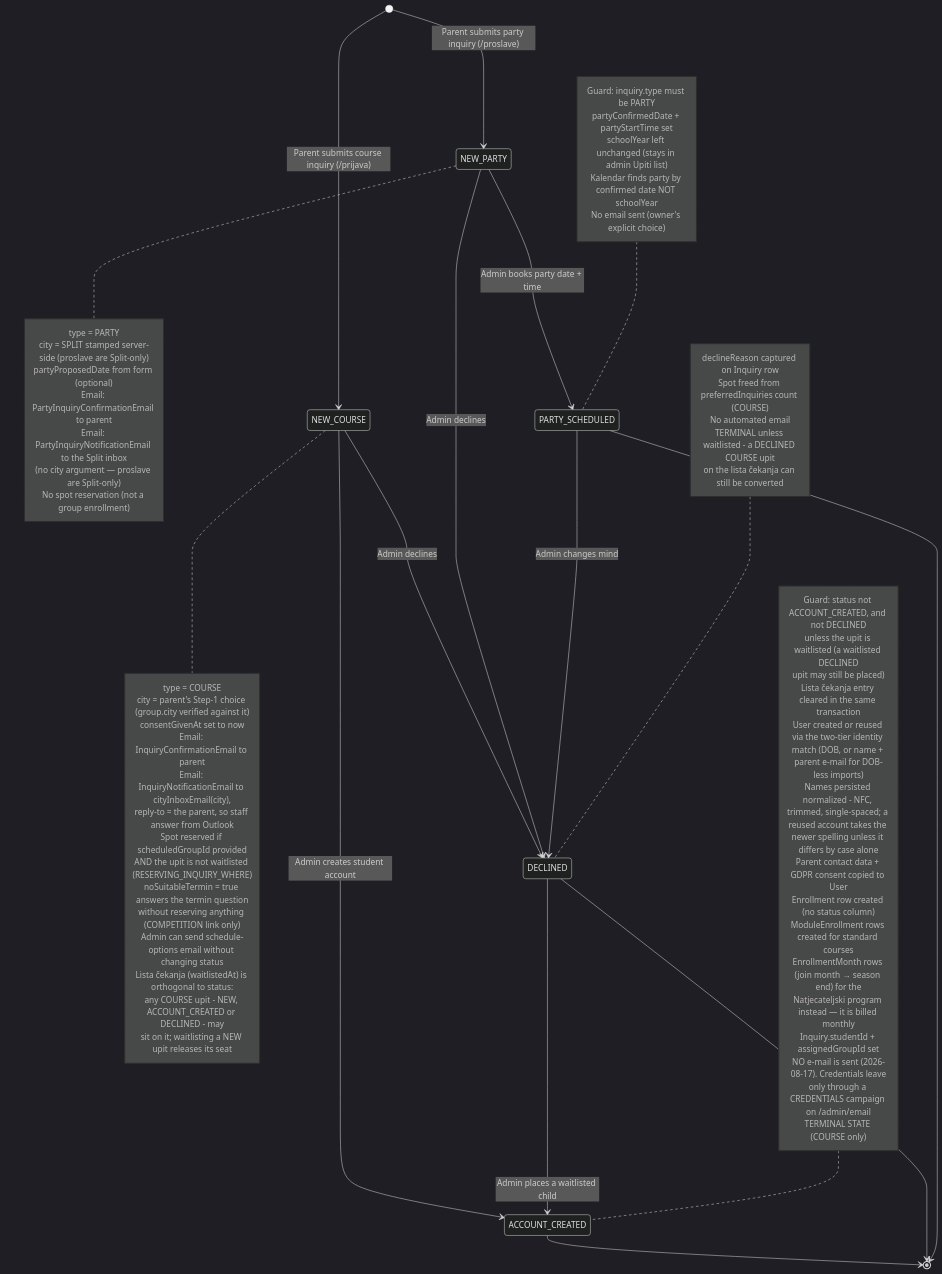
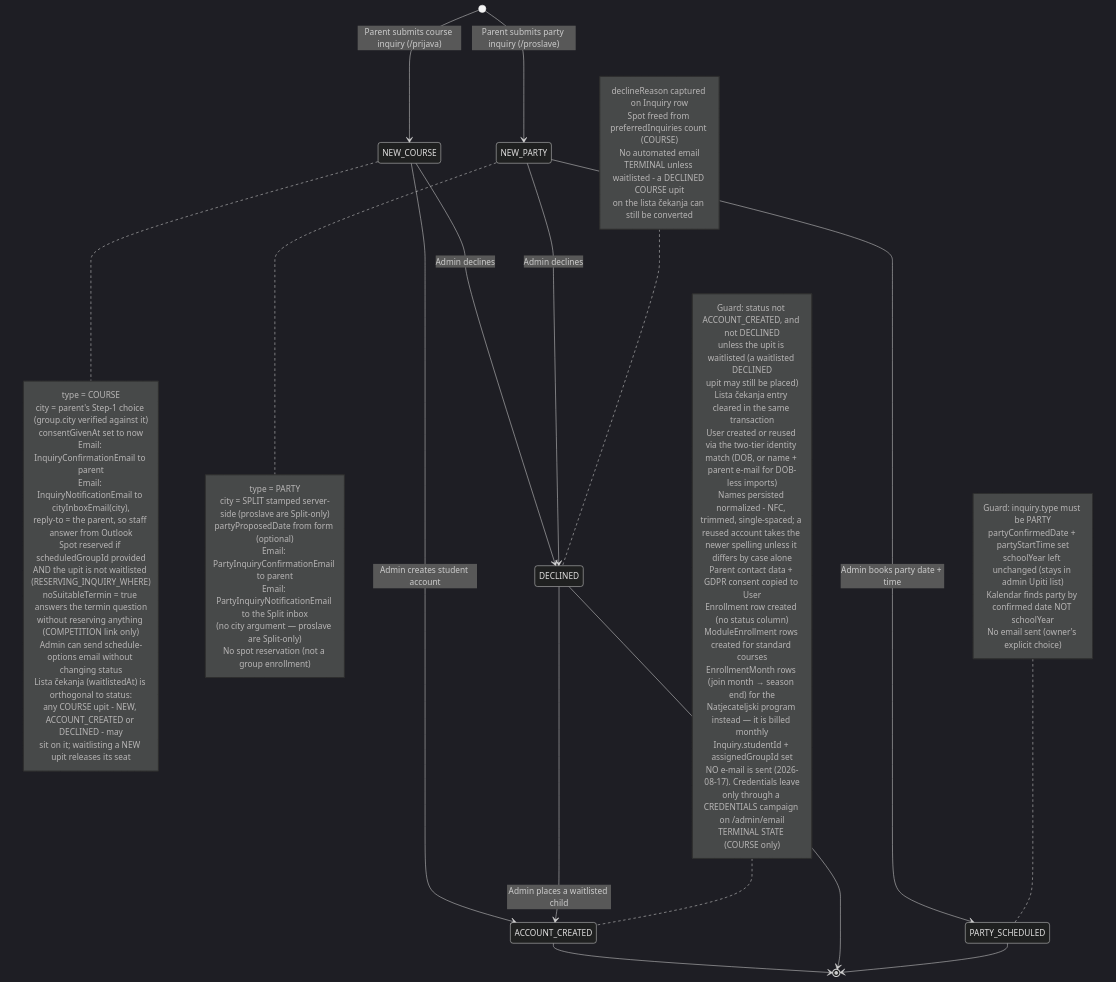
The first of 17 diagrams in docs/diagrams/enrollment-rules.md (jpucic00/inovatic), drawn with Mermaid (dark theme) before and after one commit. The commit also changed other lines of this file and 15 other files, not shown here.

````diff
--- a/docs/diagrams/enrollment-rules.md
+++ b/docs/diagrams/enrollment-rules.md
@@ -13,79 +13,78 @@
 ```mermaid
 stateDiagram-v2
     [*] --> NEW_COURSE: Parent submits course inquiry (/prijava)
     [*] --> NEW_PARTY: Parent submits party inquiry (/proslave)
 
     NEW_COURSE --> ACCOUNT_CREATED: Admin creates student account
     NEW_COURSE --> DECLINED: Admin declines
 
     NEW_PARTY --> PARTY_SCHEDULED: Admin books party date + time
     NEW_PARTY --> DECLINED: Admin declines
 
-    PARTY_SCHEDULED --> DECLINED: Admin changes mind
     DECLINED --> ACCOUNT_CREATED: Admin places a waitlisted child
 
     ACCOUNT_CREATED --> [*]
     DECLINED --> [*]
     PARTY_SCHEDULED --> [*]
 
     note right of NEW_COURSE
         type = COURSE
         city = parent's Step-1 choice (group.city verified against it)
         consentGivenAt set to now
         Email: InquiryConfirmationEmail to parent
         Email: InquiryNotificationEmail to cityInboxEmail(city),
         reply-to = the parent, so staff answer from Outlook
         Spot reserved if scheduledGroupId provided
         AND the upit is not waitlisted (RESERVING_INQUIRY_WHERE)
         noSuitableTermin = true answers the termin question
         without reserving anything (COMPETITION link only)
         Admin can send schedule-options email without changing status
         Lista čekanja (waitlistedAt) is orthogonal to status:
         any COURSE upit - NEW, ACCOUNT_CREATED or DECLINED - may
         sit on it; waitlisting a NEW upit releases its seat
     end note
 
     note right of NEW_PARTY
         type = PARTY
         city = SPLIT stamped server-side (proslave are Split-only)
         partyProposedDate from form (optional)
         Email: PartyInquiryConfirmationEmail to parent
         Email: PartyInquiryNotificationEmail to the Split inbox
         (no city argument — proslave are Split-only)
         No spot reservation (not a group enrollment)
     end note
 
     note left of ACCOUNT_CREATED
         Guard: status not ACCOUNT_CREATED, and not DECLINED
         unless the upit is waitlisted (a waitlisted DECLINED
         upit may still be placed)
         Lista čekanja entry cleared in the same transaction
         User created or reused via the two-tier identity match (DOB, or name + parent e-mail for DOB-less imports)
         Names persisted normalized - NFC, trimmed, single-spaced; a reused account takes the newer spelling unless it differs by case alone
         Parent contact data + GDPR consent copied to User
         Enrollment row created (no status column)
         ModuleEnrollment rows created for standard courses
         EnrollmentMonth rows (join month → season end) for the
         Natjecateljski program instead — it is billed monthly
         Inquiry.studentId + assignedGroupId set
         NO e-mail is sent (2026-08-17). Credentials leave
         only through a CREDENTIALS campaign on /admin/email
         TERMINAL STATE (COURSE only)
     end note
 
     note left of PARTY_SCHEDULED
         Guard: inquiry.type must be PARTY
         partyConfirmedDate + partyStartTime set
         schoolYear left unchanged (stays in admin Upiti list)
         Kalendar finds party by confirmed date NOT schoolYear
         No email sent (owner's explicit choice)
     end note
 
     note left of DECLINED
         declineReason captured on Inquiry row
         Spot freed from preferredInquiries count (COURSE)
         No automated email
         TERMINAL unless waitlisted - a DECLINED COURSE upit
         on the lista čekanja can still be converted
     end note
 ```
````
